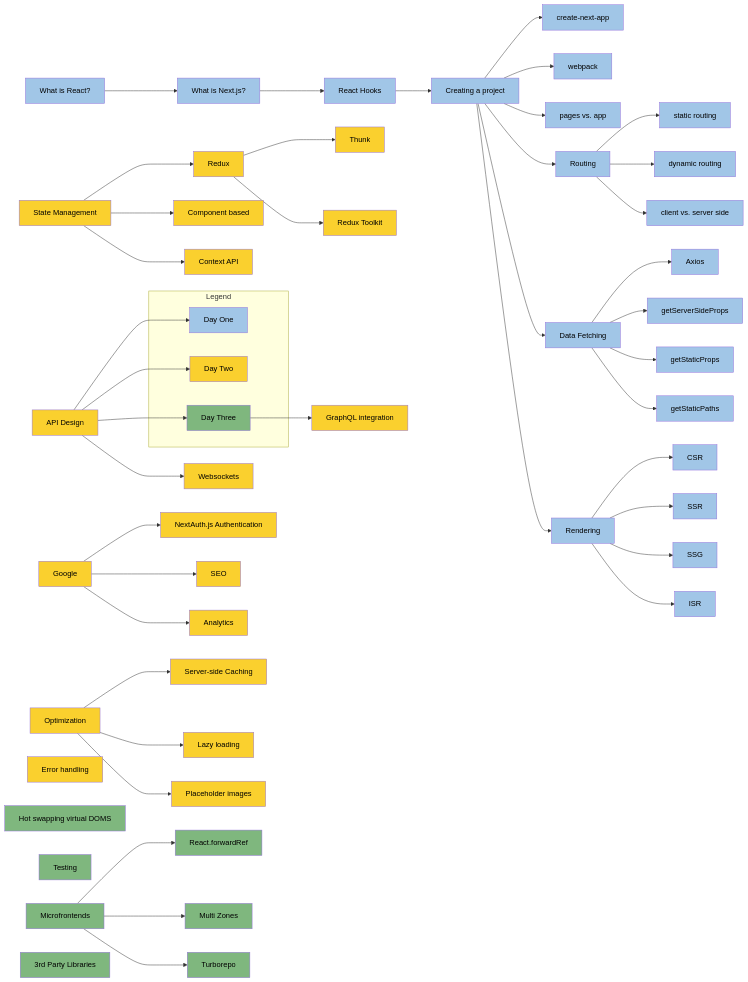
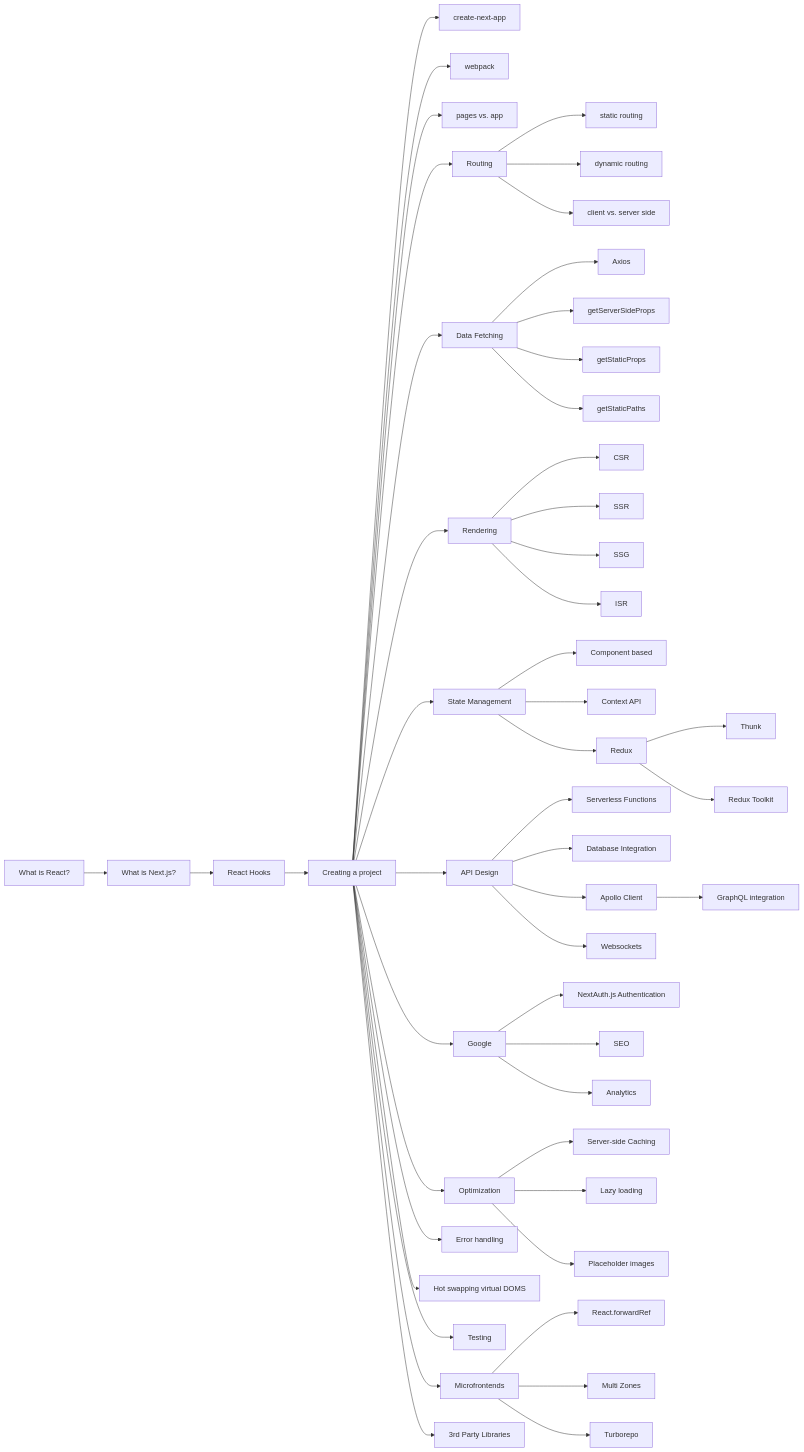
The diagram in flowchart.md (csfeeser/next-js-react), drawn with Mermaid before and after one commit.

````diff
--- a/flowchart.md
+++ b/flowchart.md
@@ -1,121 +1,62 @@
 ```mermaid
 flowchart LR
-    A["<span style='color:black;'>What is React?</span>"] --> B["<span style='color:black;'>What is Next.js?</span>"]
-    B --> C["<span style='color:black;'>React Hooks</span>"]
-    C --> D["<span style='color:black;'>Creating a project</span>"]
+    A[What is React?] --> B[What is Next.js?]
+    B --> C[React Hooks]
+    C --> D[Creating a project]
     
-    D --> E["<span style='color:black;'>create-next-app</span>"]
-    D --> F["<span style='color:black;'>webpack</span>"]
-    D --> G["<span style='color:black;'>pages vs. app</span>"]
+    D --> E[create-next-app]
+    D --> F[webpack]
+    D --> G[pages vs. app]
 
-    D --> H["<span style='color:black;'>Routing</span>"]
-    H --> H1["<span style='color:black;'>static routing</span>"]
-    H --> H2["<span style='color:black;'>dynamic routing</span>"]
-    H --> H3["<span style='color:black;'>client vs. server side</span>"]
+    D --> H[Routing]
+    H --> H1[static routing]
+    H --> H2[dynamic routing]
+    H --> H3[client vs. server side]
     
-    D --> I["<span style='color:black;'>Data Fetching</span>"]
-    I --> I1["<span style='color:black;'>Axios</span>"]
-    I --> I2["<span style='color:black;'>getServerSideProps</span>"]
-    I --> I3["<span style='color:black;'>getStaticProps</span>"]
-    I --> I4["<span style='color:black;'>getStaticPaths</span>"]
+    D --> I[Data Fetching]
+    I --> I1[Axios]
+    I --> I2[getServerSideProps]
+    I --> I3[getStaticProps]
+    I --> I4[getStaticPaths]
 
-    D --> J["<span style='color:black;'>Rendering</span>"]
-    J --> J1["<span style='color:black;'>CSR</span>"]
-    J --> J2["<span style='color:black;'>SSR</span>"]
-    J --> J3["<span style='color:black;'>SSG</span>"]
-    J --> J4["<span style='color:black;'>ISR</span>"]
+    D --> J[Rendering]
+    J --> J1[CSR]
+    J --> J2[SSR]
+    J --> J3[SSG]
+    J --> J4[ISR]
 
-    K["<span style='color:black;'>State Management</span>"] --> K1["<span style='color:black;'>Component based</span>"]
-    K --> K2["<span style='color:black;'>Context API</span>"]
-    K --> K3["<span style='color:black;'>Redux</span>"]
-    K3 --> K31["<span style='color:black;'>Thunk</span>"]
-    K3 --> K32["<span style='color:black;'>Redux Toolkit</span>"]
+    D --> K[State Management]
+    K --> K1[Component based]
+    K --> K2[Context API]
+    K --> K3[Redux]
+    K3 --> K31[Thunk]
+    K3 --> K32[Redux Toolkit]
 
-    L["<span style='color:black;'>API Design</span>"] --> L1["<span style='color:black;'>Serverless Functions</span>"]
-    L --> L2["<span style='color:black;'>Database Integration</span>"]
-    L --> L3["<span style='color:black;'>Apollo Client</span>"]
-    L3 --> L31["<span style='color:black;'>GraphQL integration</span>"]
-    L --> L4["<span style='color:black;'>Websockets</span>"]
+    D --> L[API Design]
+    L --> L1[Serverless Functions]
+    L --> L2[Database Integration]
+    L --> L3[Apollo Client]
+    L3 --> L31[GraphQL integration]
+    L --> L4[Websockets]
 
-    M["<span style='color:black;'>Google</span>"] --> M1["<span style='color:black;'>NextAuth.js Authentication</span>"]
-    M --> M2["<span style='color:black;'>SEO</span>"]
-    M --> M3["<span style='color:black;'>Analytics</span>"]
+    D --> M[Google]
+    M --> M1[NextAuth.js Authentication]
+    M --> M2[SEO]
+    M --> M3[Analytics]
 
-    N["<span style='color:black;'>Optimization</span>"] --> N1["<span style='color:black;'>Server-side Caching</span>"]
-    N --> N2["<span style='color:black;'>Lazy loading</span>"]
-    N --> N3["<span style='color:black;'>Placeholder images</span>"]
+    D --> N[Optimization]
+    N --> N1[Server-side Caching]
+    N --> N2[Lazy loading]
+    N --> N3[Placeholder images]
 
-    O["<span style='color:black;'>Error handling</span>"]
+    D --> O[Error handling]
+    D --> P[Hot swapping virtual DOMS]
+    D --> Q[Testing]
 
-    P["<span style='color:black;'>Hot swapping virtual DOMS</span>"]
-    Q["<span style='color:black;'>Testing</span>"]
+    D --> R[Microfrontends]
+    R --> R1[React.forwardRef]
+    R --> R2[Multi Zones]
+    R --> R3[Turborepo]
 
-    R["<span style='color:black;'>Microfrontends</span>"] --> R1["<span style='color:black;'>React.forwardRef</span>"]
-    R --> R2["<span style='color:black;'>Multi Zones</span>"]
-    R --> R3["<span style='color:black;'>Turborepo</span>"]
-
-    S["<span style='color:black;'>3rd Party Libraries</span>"]
-
-    %% Day Color Styles
-    style A fill:#A1C6E7
-    style B fill:#A1C6E7
-    style C fill:#A1C6E7
-    style D fill:#A1C6E7
-    style E fill:#A1C6E7
-    style F fill:#A1C6E7
-    style G fill:#A1C6E7
-    style H fill:#A1C6E7
-    style H1 fill:#A1C6E7
-    style H2 fill:#A1C6E7
-    style H3 fill:#A1C6E7
-    style I fill:#A1C6E7
-    style I1 fill:#A1C6E7
-    style I2 fill:#A1C6E7
-    style I3 fill:#A1C6E7
-    style I4 fill:#A1C6E7
-    style J fill:#A1C6E7
-    style J1 fill:#A1C6E7
-    style J2 fill:#A1C6E7
-    style J3 fill:#A1C6E7
-    style J4 fill:#A1C6E7
-
-    style K fill:#FAD02E
-    style K1 fill:#FAD02E
-    style K2 fill:#FAD02E
-    style K3 fill:#FAD02E
-    style K31 fill:#FAD02E
-    style K32 fill:#FAD02E
-    style L fill:#FAD02E
-    style L1 fill:#FAD02E
-    style L2 fill:#FAD02E
-    style L3 fill:#FAD02E
-    style L31 fill:#FAD02E
-    style L4 fill:#FAD02E
-    style M fill:#FAD02E
-    style M1 fill:#FAD02E
-    style M2 fill:#FAD02E
-    style M3 fill:#FAD02E
-    style N fill:#FAD02E
-    style N1 fill:#FAD02E
-    style N2 fill:#FAD02E
-    style N3 fill:#FAD02E
-    style O fill:#FAD02E
-
-    style P fill:#7FB77E
-    style Q fill:#7FB77E
-    style R fill:#7FB77E
-    style R1 fill:#7FB77E
-    style R2 fill:#7FB77E
-    style R3 fill:#7FB77E
-    style S fill:#7FB77E
-
-    %% Legend
-    subgraph Legend
-    L1["<span style='color:black;'>Day One</span>"]
-    style L1 fill:#A1C6E7
-    L2["<span style='color:black;'>Day Two</span>"]
-    style L2 fill:#FAD02E
-    L3["<span style='color:black;'>Day Three</span>"]
-    style L3 fill:#7FB77E
-    end
+    D --> S[3rd Party Libraries]
 ```
````
